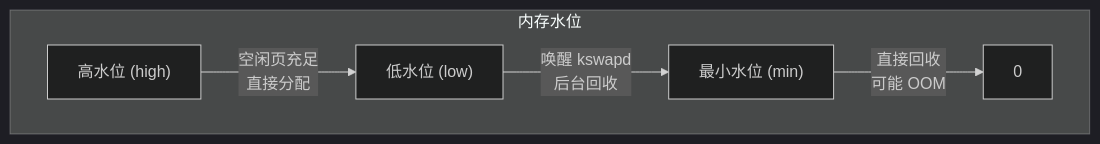
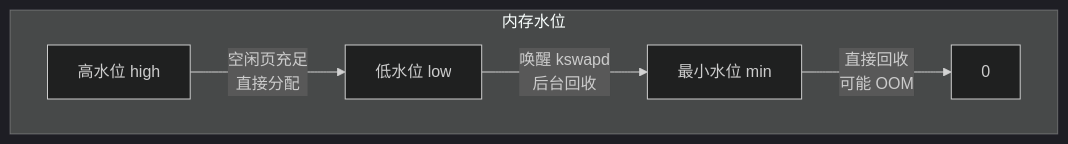
Before and after one commit to jpixy/jpixy.github.io: the eighth of 9 diagrams in content/articles/linux/linux-23-内核面试题-内存管理.md, drawn with Mermaid (dark theme). The commit also changed other lines of this file and 66 other files, not shown here.

Commit message:
fix: resolve Mermaid syntax errors by removing parentheses in node labels

````diff
--- a/content/articles/linux/linux-23-内核面试题-内存管理.md
+++ b/content/articles/linux/linux-23-内核面试题-内存管理.md
@@ -838,13 +838,13 @@
 ```mermaid
 graph TB
     subgraph 内存水位
-        HIGH["高水位 (high)"]
-        LOW["低水位 (low)"]
-        MIN["最小水位 (min)"]
+        HIGH["高水位 high"]
+        LOW["低水位 low"]
+        MIN["最小水位 min"]
         ZERO["0"]
     end
     
     HIGH -->|"空闲页充足<br>直接分配"| LOW
     LOW -->|"唤醒 kswapd<br>后台回收"| MIN
     MIN -->|"直接回收<br>可能 OOM"| ZERO
 ```
````
